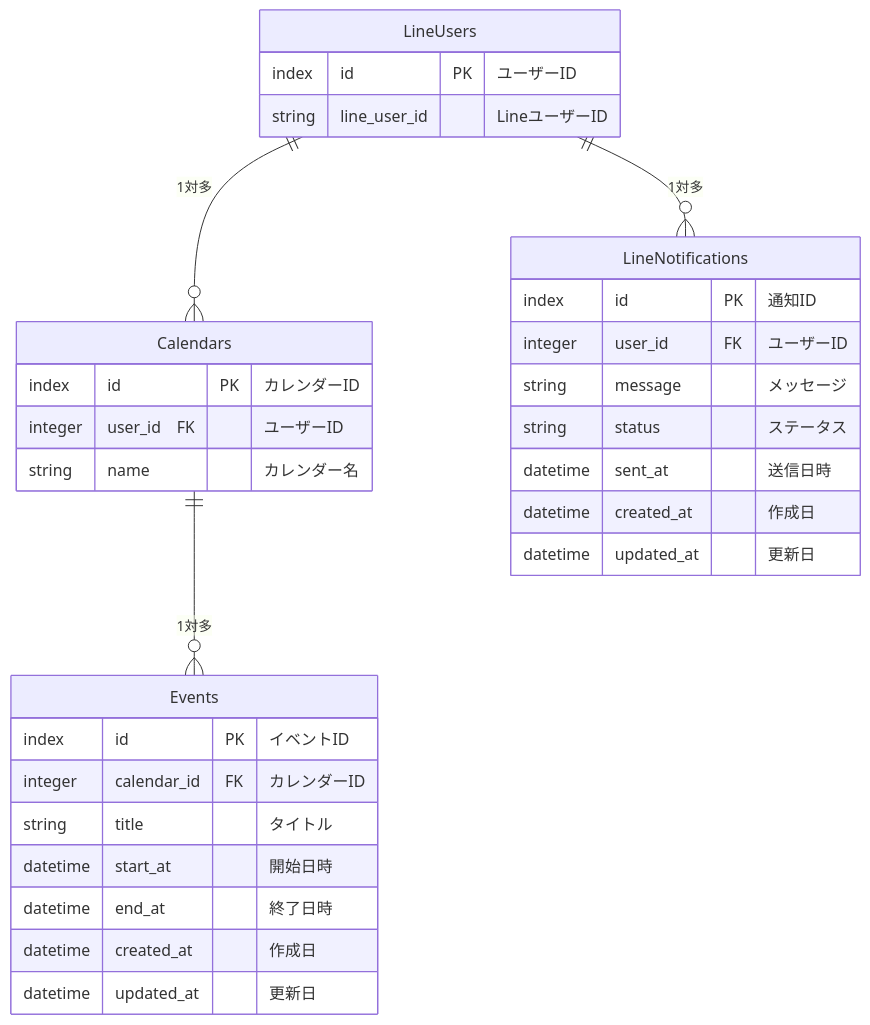
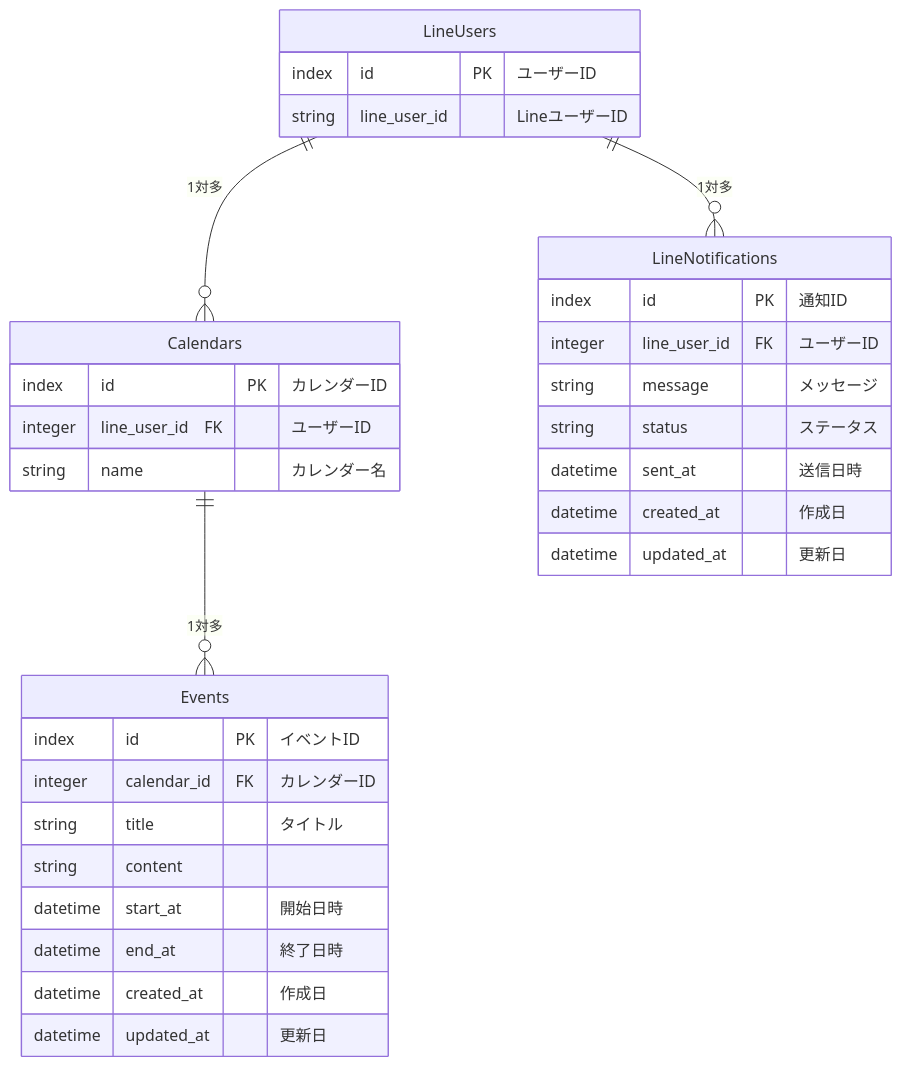
Before and after one commit to miyaki2003/README: the diagram in mermaid.md, drawn with Mermaid. The commit also changed 5 other files, not shown here.

````diff
--- a/mermaid.md
+++ b/mermaid.md
@@ -1,37 +1,38 @@
 ```mermaid
 erDiagram
   LineUsers ||--o{ Calendars : "1対多"
   Calendars ||--o{ Events : "1対多"
   LineUsers ||--o{ LineNotifications : "1対多"
 
     LineUsers {
       index id PK "ユーザーID"
       string line_user_id "LineユーザーID"
     }
 
     Calendars {
       index id PK "カレンダーID"
-      integer user_id　FK "ユーザーID"
+      integer line_user_id　FK "ユーザーID"
       string name "カレンダー名"
     }
 
     Events {
       index id PK "イベントID"
       integer calendar_id FK "カレンダーID"
       string title "タイトル"
+      string content 
       datetime start_at "開始日時"
       datetime end_at "終了日時"
       datetime created_at "作成日"
       datetime updated_at "更新日"
   }
 
     LineNotifications {
       index id PK "通知ID"
-      integer user_id FK "ユーザーID"
+      integer line_user_id FK "ユーザーID"
       string message "メッセージ"
       string status "ステータス"
       datetime sent_at "送信日時"
       datetime created_at "作成日"
       datetime updated_at "更新日"
     }
 ```
````
